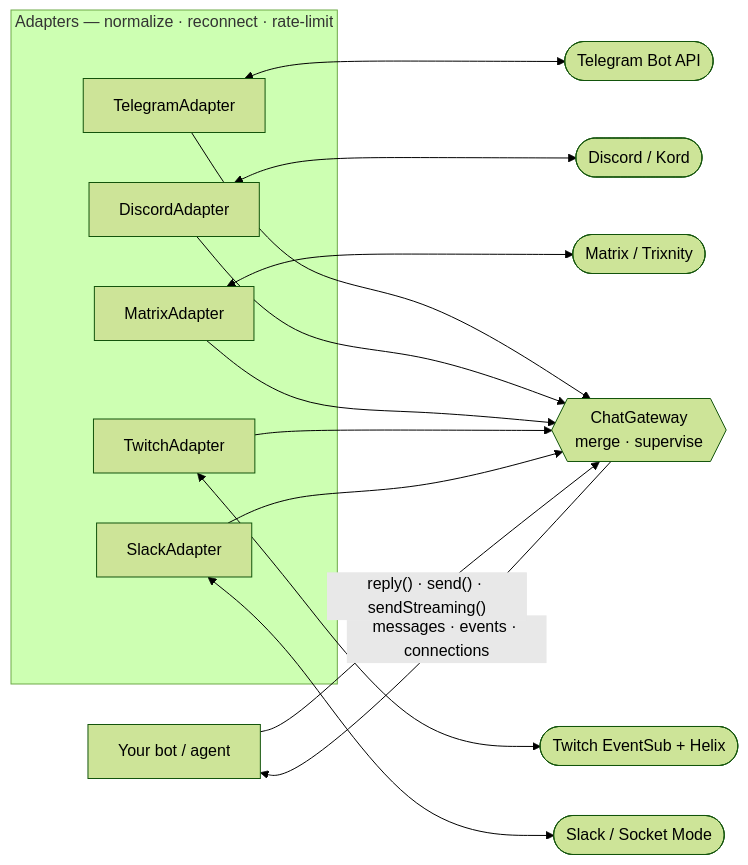
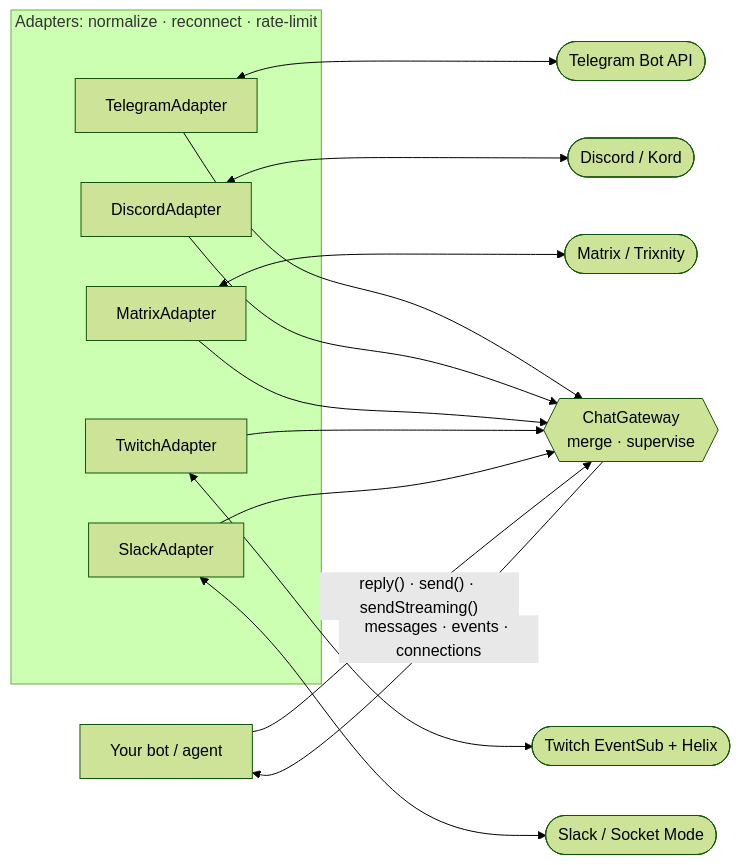
The first of 3 diagrams in README.md (inemtsev/kurier), drawn with Mermaid (forest theme) before and after one commit. The commit also changed other lines of this file and 5 other files, not shown here.

````diff
--- a/README.md
+++ b/README.md
@@ -85,28 +91,28 @@
 ```mermaid
 flowchart LR
     APP["Your bot / agent"]
     GW{{"ChatGateway<br/>merge · supervise"}}
 
-    subgraph ADAPTERS["Adapters — normalize · reconnect · rate-limit"]
+    subgraph ADAPTERS["Adapters: normalize · reconnect · rate-limit"]
         A1["TelegramAdapter"]
         A2["DiscordAdapter"]
         A3["MatrixAdapter"]
         A4["TwitchAdapter"]
         A5["SlackAdapter"]
     end
 
     A1 <--> P1(["Telegram Bot API"])
     A2 <--> P2(["Discord / Kord"])
     A3 <--> P3(["Matrix / Trixnity"])
     A4 <--> P4(["Twitch EventSub + Helix"])
     A5 <--> P5(["Slack / Socket Mode"])
 
     A1 --> GW
     A2 --> GW
     A3 --> GW
     A4 --> GW
     A5 --> GW
 
     GW -->|"messages · events · connections"| APP
     APP -->|"reply() · send() · sendStreaming()"| GW
 ```
````
